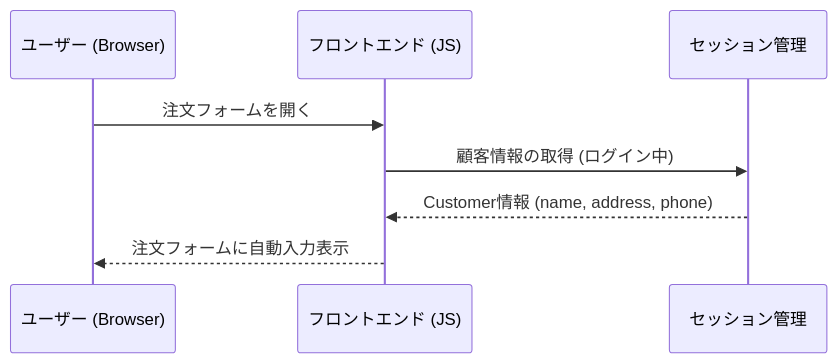
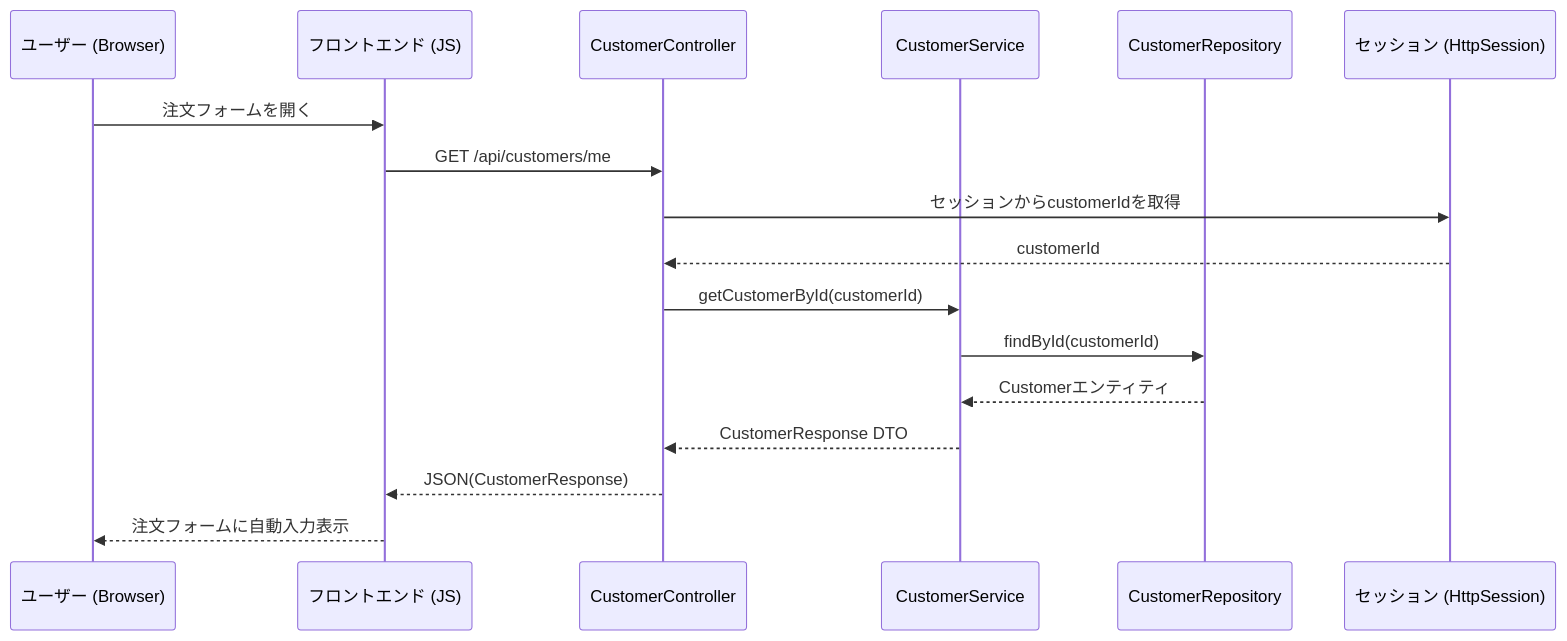
Before and after one commit to shogomaeda758/Bacon: the sixth of 7 diagrams in 詳細設計/3_sequence.md, drawn with Mermaid. The commit also changed other lines of this file, not shown here.

Commit message:
シーケンス図変更ver.4

```diff
--- a/詳細設計/3_sequence.md
+++ b/詳細設計/3_sequence.md
@@ -406,11 +406,22 @@
 <div class="mermaid">
- sequenceDiagram
+sequenceDiagram
     participant User as ユーザー (Browser)
     participant FE as フロントエンド (JS)
-    participant Session as セッション管理
+    participant CustomerController
+    participant CustomerService
+    participant CustomerRepository
+    participant Session as セッション (HttpSession)
 
     User->>FE: 注文フォームを開く
-    FE->>Session: 顧客情報の取得 (ログイン中)
-    Session-->>FE: Customer情報 (name, address, phone)
+    FE->>CustomerController: GET /api/customers/me
+    CustomerController->>Session: セッションからcustomerIdを取得
+    Session-->>CustomerController: customerId
+
+    CustomerController->>CustomerService: getCustomerById(customerId)
+    CustomerService->>CustomerRepository: findById(customerId)
+    CustomerRepository-->>CustomerService: Customerエンティティ
+    CustomerService-->>CustomerController: CustomerResponse DTO
+    CustomerController-->>FE: JSON(CustomerResponse)
+
     FE-->>User: 注文フォームに自動入力表示
 </div>
```
